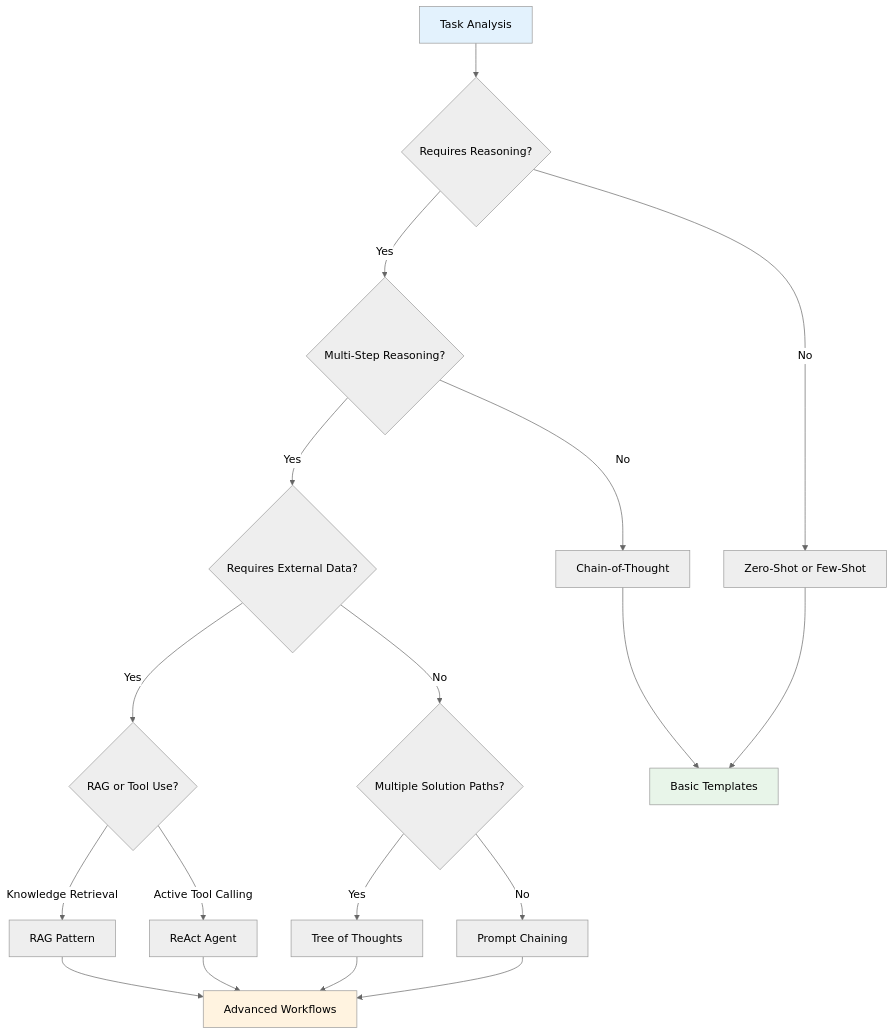
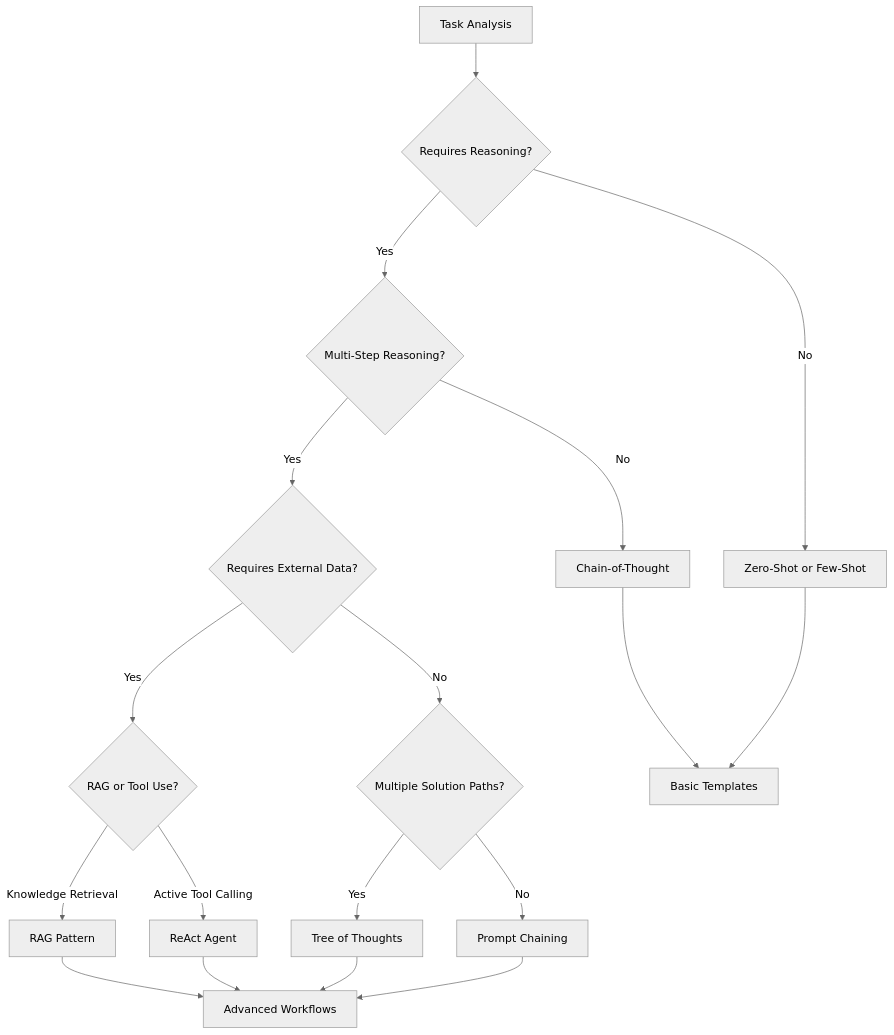
One commit to yuexiaoliang/prompt-engineering-learning changed the second of 3 diagrams in 08-production-en.md. Above: the diagram before and after it, drawn with Mermaid (neutral theme). The commit also changed other lines of this file and 9 other files, not shown here.

First line of the commit message:
fix(prompt-engineering): remove hardcoded mermaid fill styles for theme auto-adaptation

````diff
--- a/08-production-en.md
+++ b/08-production-en.md
@@ -70,29 +70,25 @@
 ```mermaid
 flowchart TD
     A[Task Analysis] --> B{Requires Reasoning?}
     B -->|Yes| C{Multi-Step Reasoning?}
     B -->|No| D[Zero-Shot or Few-Shot]
 
     C -->|Yes| E{Requires External Data?}
     C -->|No| F[Chain-of-Thought]
 
     E -->|Yes| G{RAG or Tool Use?}
     E -->|No| H{Multiple Solution Paths?}
 
     G -->|Knowledge Retrieval| I[RAG Pattern]
     G -->|Active Tool Calling| J[ReAct Agent]
 
     H -->|Yes| K[Tree of Thoughts]
     H -->|No| L[Prompt Chaining]
 
     D --> M[Basic Templates]
     F --> M
     I --> N[Advanced Workflows]
     J --> N
     K --> N
     L --> N
-
-    style A fill:#e3f2fd
-    style M fill:#e8f5e9
-    style N fill:#fff3e0
 ```
````
